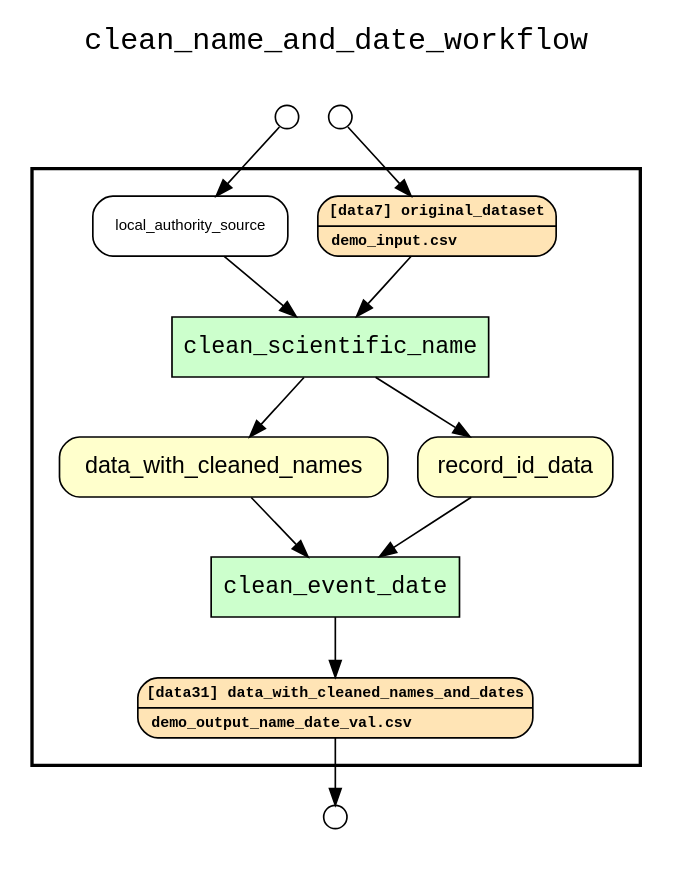
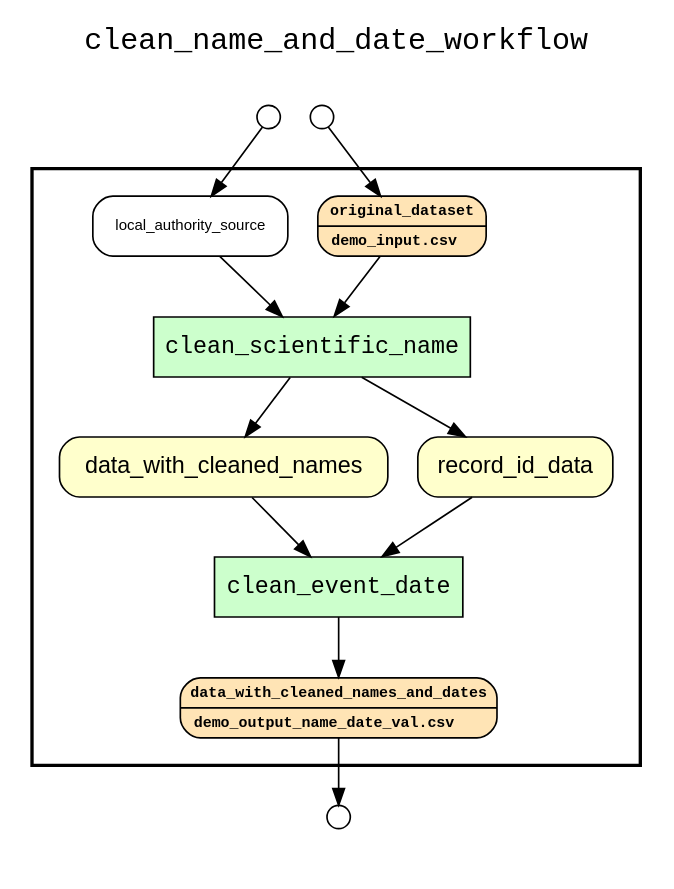
Before and after one commit to LanLi2017/yw-idcc-17: the diagram in examples/kurator-SPNHC16-YW-xsb/results/wf_recon_upstream_of_data_with_cleaned_names_and_dates.gv, drawn with Graphviz. The commit also changed 106 other files, not shown here.

Commit message:
Update the reconstructed graphs.

```diff
--- a/examples/kurator-SPNHC16-YW-xsb/results/wf_recon_upstream_of_data_with_cleaned_names_and_dates.gv
+++ b/examples/kurator-SPNHC16-YW-xsb/results/wf_recon_upstream_of_data_with_cleaned_names_and_dates.gv
@@ -1,45 +1,45 @@
 
 digraph yw_data_view {
 rankdir=TB
 fontname=Courier; fontsize=18; labelloc=t
 label="clean_name_and_date_workflow"
 subgraph cluster_workflow { label=""; color=black; penwidth=2
 subgraph cluster_workflow_inner { label=""; color=white
 node[shape=box style="filled" fillcolor="#CCFFCC" peripheries=1 fontname=Courier]
 clean_scientific_name
 clean_event_date
 node[shape=box style="filled" fillcolor="#CCFFCC" peripheries=1 fontname=Courier]
 clean_scientific_name
 clean_event_date
 node[shape=box style="rounded,filled" fillcolor="#FFFFCC" peripheries=1 fontname=Helvetica]
 data_with_cleaned_names
 record_id_data
 node[shape=box style="rounded,filled" fillcolor="#FFE4B5" peripheries=1 fontname="Courier-Bold" fontsize=9]
-original_dataset[shape=record rankdir=LR label="{<f0> [data7] original_dataset |<f1>demo_input.csv\l}"]
+original_dataset[shape=record rankdir=LR label="{<f0> original_dataset |<f1>demo_input.csv\l}"]
 node[shape=box style="rounded,filled" fillcolor="#FFE4B5" peripheries=1 fontname="Courier-Bold" fontsize=9]
-data_with_cleaned_names_and_dates[shape=record rankdir=LR label="{<f0> [data31] data_with_cleaned_names_and_dates |<f1>demo_output_name_date_val.csv\l}"]
+data_with_cleaned_names_and_dates[shape=record rankdir=LR label="{<f0> data_with_cleaned_names_and_dates |<f1>demo_output_name_date_val.csv\l}"]
 node[shape=box style="rounded,filled" fillcolor="#FFFFFF" peripheries=1 fontname=Helvetica]
 local_authority_source
 }}
 subgraph cluster_inflows { label=""; color=white; penwidth=2
 subgraph cluster_inflows_inner { label=""; color=white
 node[shape=circle fillcolor="#FFFFFF" peripheries=1 width=0.2]
 original_dataset_inflow [label=""]
 local_authority_source_inflow [label=""]
 }}
 subgraph cluster_outflows { label=""; color=white; penwidth=2
 subgraph cluster_outflows_inner { label=""; color=white
 node[shape=circle fillcolor="#FFFFFF" peripheries=1 width=0.2]
 data_with_cleaned_names_and_dates_outflow [label=""]
 }}
 record_id_data -> clean_event_date
 data_with_cleaned_names -> clean_event_date
 original_dataset -> clean_scientific_name
 local_authority_source -> clean_scientific_name
 clean_scientific_name -> data_with_cleaned_names
 clean_scientific_name -> record_id_data
 clean_event_date -> data_with_cleaned_names_and_dates
 original_dataset_inflow -> original_dataset
 local_authority_source_inflow -> local_authority_source
 data_with_cleaned_names_and_dates -> data_with_cleaned_names_and_dates_outflow
 }
```
